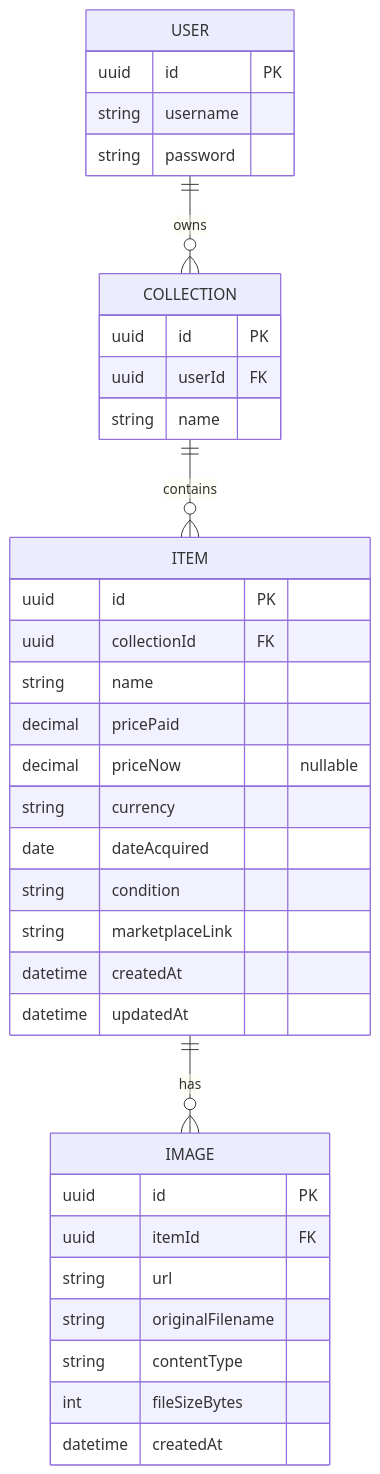
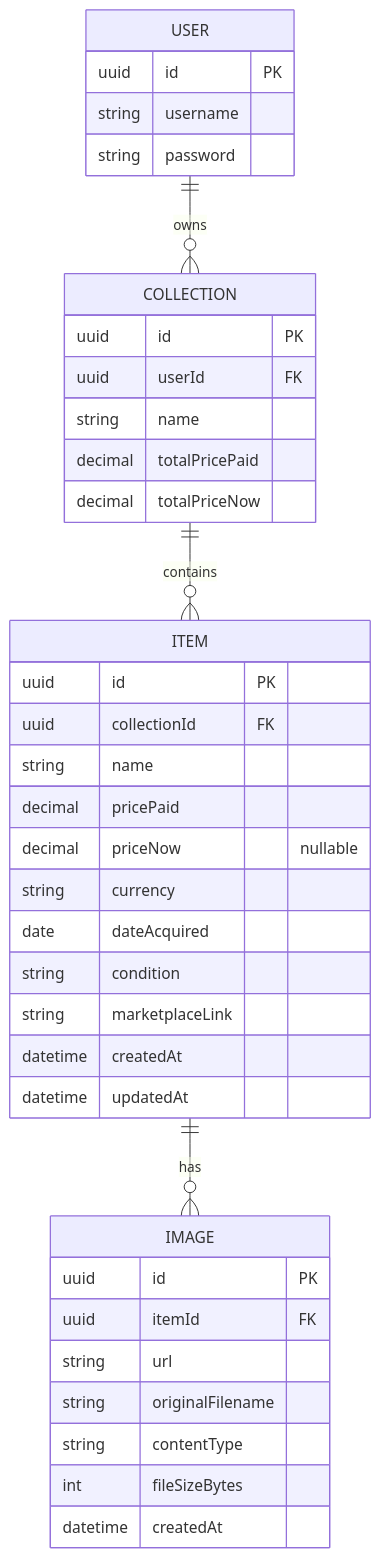
The diagram in database/data-model-mvp.md (MarcoSchoch1/pack-rat-docs), drawn with Mermaid before and after one commit.

Commit message:
feat: add missing total prices on a collection

````diff
--- a/database/data-model-mvp.md
+++ b/database/data-model-mvp.md
@@ -5,38 +5,40 @@
 ```mermaid
 erDiagram
   USER ||--o{ COLLECTION : owns
   COLLECTION ||--o{ ITEM : contains
   ITEM ||--o{ IMAGE : has
   USER {
     uuid id PK
     string username
     string password
   }
   COLLECTION {
     uuid id PK
     uuid userId FK
     string name
+    decimal totalPricePaid
+    decimal totalPriceNow
   }
   ITEM {
     uuid id PK
     uuid collectionId FK
     string name
     decimal pricePaid
     decimal priceNow "nullable"
     string currency
     date dateAcquired
     string condition
     string marketplaceLink
     datetime createdAt
     datetime updatedAt
   }
   IMAGE {
     uuid id PK
     uuid itemId FK
     string url
     string originalFilename
     string contentType
     int fileSizeBytes
     datetime createdAt
   }
 ```
````
